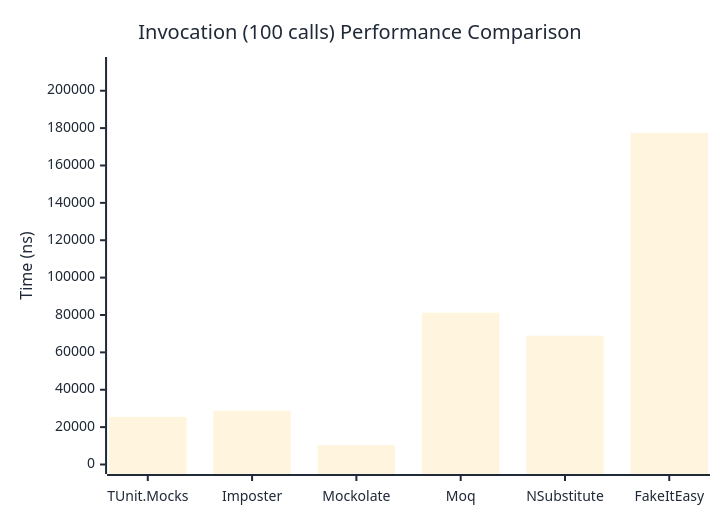
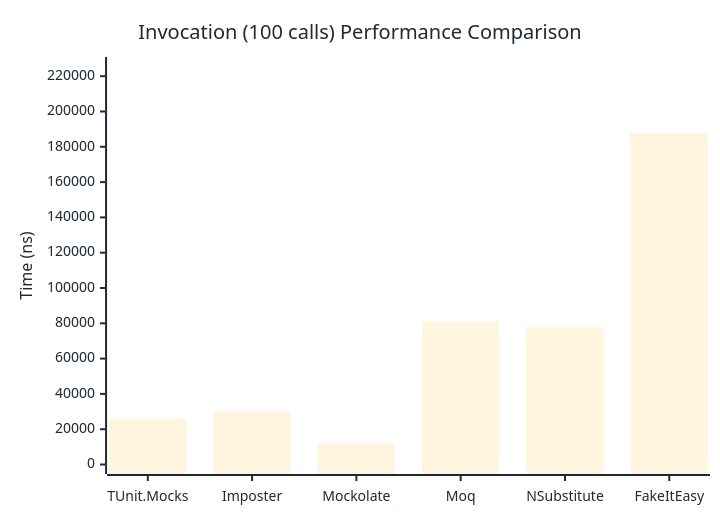
Before and after one commit to weiyilai/TUnit: the third of 3 diagrams in docs/docs/benchmarks/mocks/Invocation.md, drawn with Mermaid. The commit also changed other lines of this file and 14 other files, not shown here.

````diff
--- a/docs/docs/benchmarks/mocks/Invocation.md
+++ b/docs/docs/benchmarks/mocks/Invocation.md
@@ -110,27 +110,27 @@
 ```mermaid
 %%{init: {
   'theme':'base',
   'themeVariables': {
     'primaryColor': '#2563eb',
     'primaryTextColor': '#1f2937',
     'primaryBorderColor': '#1e40af',
     'lineColor': '#6b7280',
     'secondaryColor': '#7c3aed',
     'tertiaryColor': '#dc2626',
     'background': '#ffffff',
     'pie1': '#2563eb',
     'pie2': '#7c3aed',
     'pie3': '#dc2626',
     'pie4': '#f59e0b',
     'pie5': '#10b981',
     'pie6': '#06b6d4',
     'pie7': '#ec4899',
     'pie8': '#6366f1'
   }
 }}%%
 xychart-beta
   title "Invocation (100 calls) Performance Comparison"
   x-axis ["TUnit.Mocks", "Imposter", "Mockolate", "Moq", "NSubstitute", "FakeItEasy"]
-  y-axis "Time (ns)" 0 --> 212965
-  bar [25482.16, 28775.04, 10446.39, 81238.25, 68892.38, 177470.37]
+  y-axis "Time (ns)" 0 --> 225493
+  bar [25687.86, 30081.21, 11914.68, 81013.71, 77721.39, 187910.29]
 ```
````
